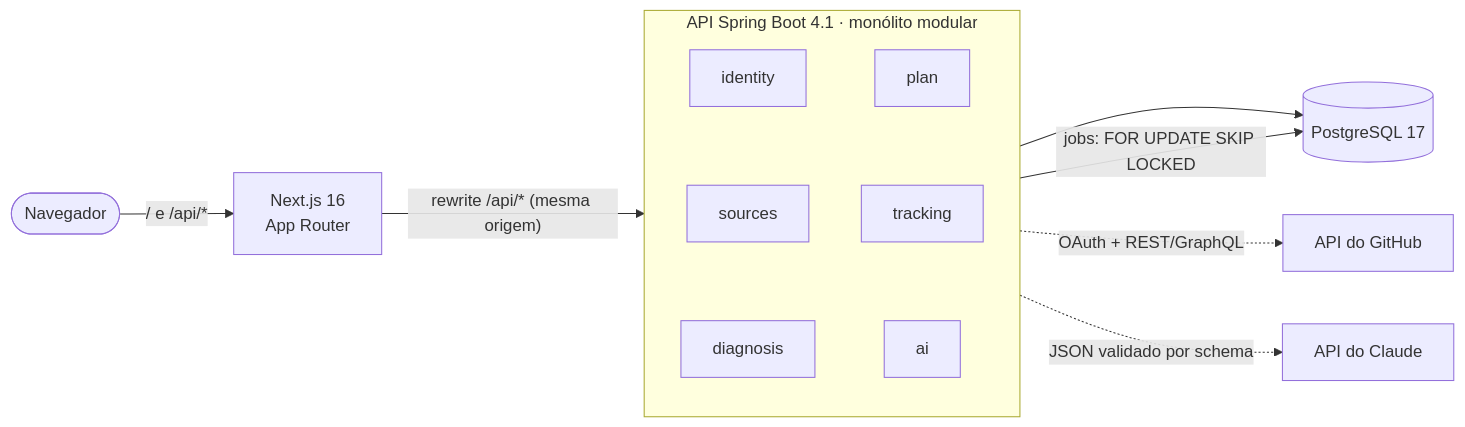
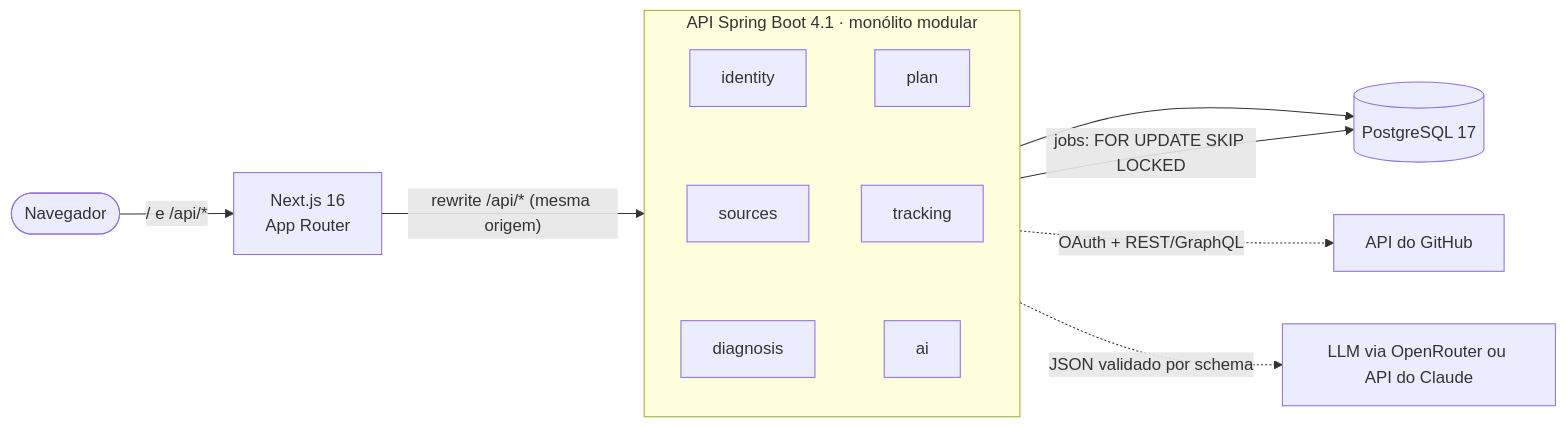
Before and after one commit to caio-machado-dev/rota-dev: the diagram in README.md, drawn with Mermaid. The commit also changed 17 other files, not shown here.

First line of the commit message:
feat(ai): OpenRouter como provedor padrão, com modelo gratuito para uso pessoal

````diff
--- a/README.md
+++ b/README.md
@@ -42,16 +42,16 @@
 ```mermaid
 flowchart LR
     U([Navegador]) -->|"/  e  /api/*"| W["Next.js 16<br/>App Router"]
     W -->|"rewrite /api/* (mesma origem)"| A
 
     subgraph A["API Spring Boot 4.1 · monólito modular"]
         direction TB
         M1[identity] ~~~ M2[sources] ~~~ M3[diagnosis]
         M4[plan] ~~~ M5[tracking] ~~~ M6[ai]
     end
 
     A --> DB[(PostgreSQL 17)]
     A -->|jobs: FOR UPDATE SKIP LOCKED| DB
     A -.->|OAuth + REST/GraphQL| GH[API do GitHub]
-    A -.->|JSON validado por schema| LLM[API do Claude]
+    A -.->|JSON validado por schema| LLM[LLM via OpenRouter ou API do Claude]
 ```
````
